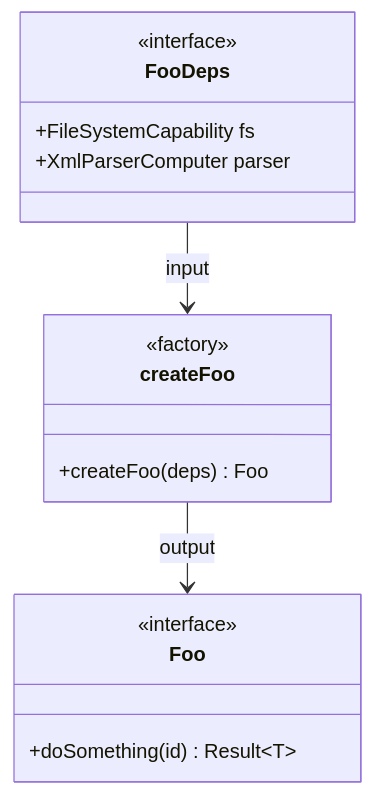
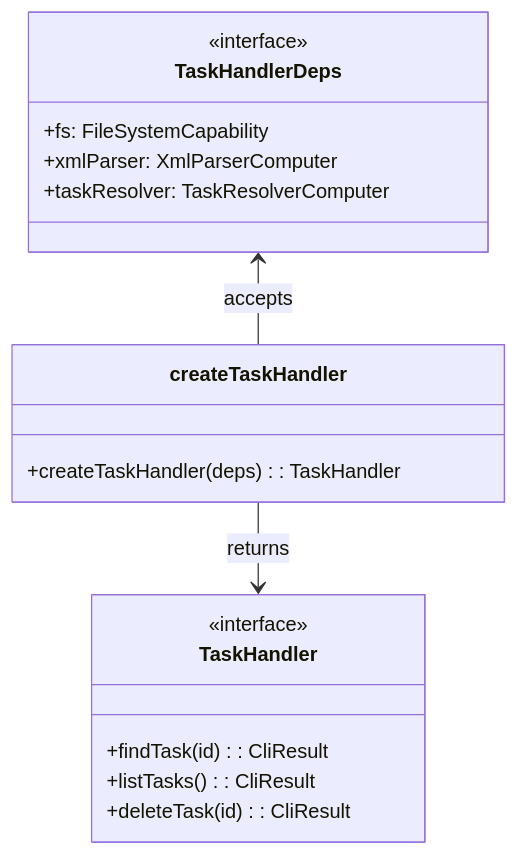
Before and after one commit to mattfletcher94/festinalente: the diagram in .festinalente/engineering/patterns/factory-di.md, drawn with Mermaid. The commit also changed other lines of this file and 17 other files, not shown here.

````diff
--- a/.festinalente/engineering/patterns/factory-di.md
+++ b/.festinalente/engineering/patterns/factory-di.md
@@ -58,21 +36,20 @@
 ```mermaid
 classDiagram
-    class FooDeps {
+    class TaskHandlerDeps {
         <<interface>>
-        +FileSystemCapability fs
-        +XmlParserComputer parser
+        +fs: FileSystemCapability
+        +xmlParser: XmlParserComputer
+        +taskResolver: TaskResolverComputer
     }
-
-    class Foo {
+    class TaskHandler {
         <<interface>>
-        +doSomething(id) Result~T~
+        +findTask(id): CliResult
+        +listTasks(): CliResult
+        +deleteTask(id): CliResult
     }
-
-    class createFoo {
-        <<factory>>
-        +createFoo(deps) Foo
+    class createTaskHandler {
+        +createTaskHandler(deps): TaskHandler
     }
-
-    FooDeps --> createFoo : input
-    createFoo --> Foo : output
+    TaskHandlerDeps <-- createTaskHandler : accepts
+    createTaskHandler --> TaskHandler : returns
 ```
````
